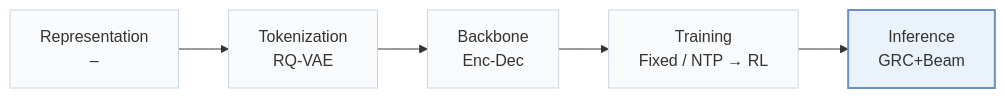
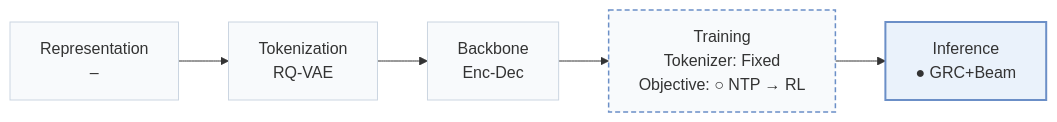
Before and after one commit to Galaxy-ghost/Awesome-SID-Generative-Rec: the first of 2 diagrams in pages/papers/grc.md, drawn with Mermaid. The commit also changed other lines of this file and 558 other files, not shown here.

````diff
--- a/pages/papers/grc.md
+++ b/pages/papers/grc.md
@@ -15,8 +18,10 @@
 ```mermaid
 flowchart LR
-    R["Representation<br/>–"] --> T["Tokenization<br/>RQ-VAE"] --> B["Backbone<br/>Enc-Dec"] --> TR["Training<br/>Fixed / NTP → RL"] --> I["Inference<br/>GRC+Beam"]
+    R["Representation<br/>–"] --> T["Tokenization<br/>RQ-VAE"] --> B["Backbone<br/>Enc-Dec"] --> TR["Training<br/>Tokenizer: Fixed<br/>Objective: ○ NTP → RL"] --> I["Inference<br/>● GRC+Beam"]
     classDef base fill:#f8fafc,stroke:#cbd5e1
     class R,T,B,TR,I base
+    classDef other fill:#f8fafc,stroke:#6b8fc7,stroke-width:1.5px,stroke-dasharray:5 3
+    class TR other
     classDef main fill:#eaf2fb,stroke:#6b8fc7,stroke-width:2px
     class I main
 ```
````
